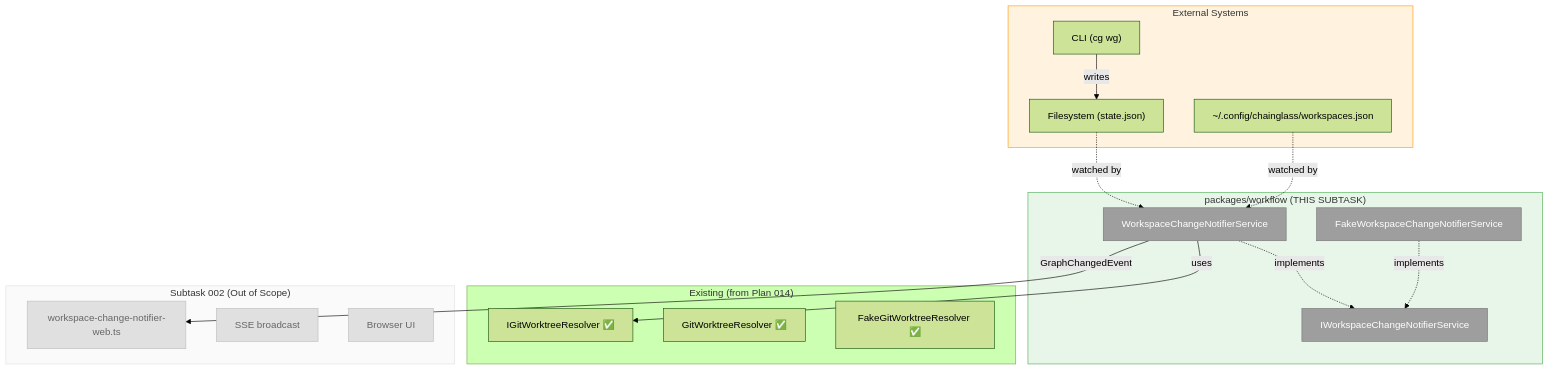
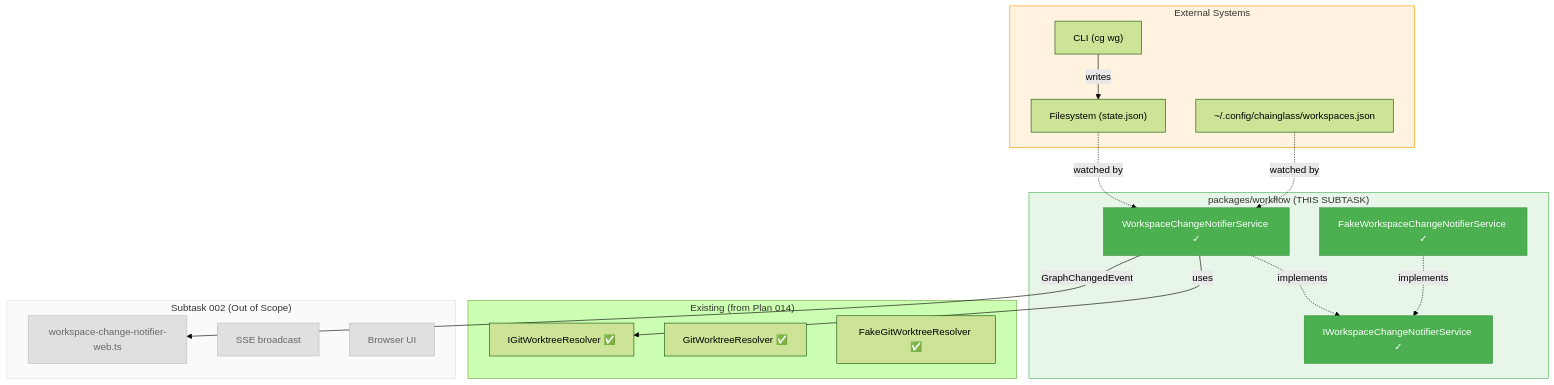
The first of 2 diagrams in docs/plans/022-workgraph-ui/tasks/phase-4-real-time-updates/001-subtask-file-watching-for-cli-changes.md (AI-Substrate/chainglass), drawn with Mermaid (forest theme) before and after one commit. The commit also changed other lines of this file and 1 other file, not shown here.

First line of the commit message:
docs: mark Subtask 001 complete - WorkspaceChangeNotifierService

````diff
--- a/docs/plans/022-workgraph-ui/tasks/phase-4-real-time-updates/001-subtask-file-watching-for-cli-changes.md
+++ b/docs/plans/022-workgraph-ui/tasks/phase-4-real-time-updates/001-subtask-file-watching-for-cli-changes.md
@@ -578,44 +578,44 @@
 ```mermaid
 flowchart TD
     classDef pending fill:#9E9E9E,stroke:#757575,color:#fff
     classDef inprogress fill:#FF9800,stroke:#F57C00,color:#fff
     classDef completed fill:#4CAF50,stroke:#388E3C,color:#fff
     classDef outofscope fill:#E0E0E0,stroke:#BDBDBD,color:#666
 
     style External fill:#FFF3E0,stroke:#FF9800
     style Service fill:#E8F5E9,stroke:#4CAF50
     style OutOfScope fill:#FAFAFA,stroke:#E0E0E0
 
     subgraph External["External Systems"]
         CLI["CLI (cg wg)"]
         FS["Filesystem (state.json)"]
         Registry["~/.config/chainglass/workspaces.json"]
         CLI -->|writes| FS
     end
 
     subgraph Service["packages/workflow (THIS SUBTASK)"]
-        IWCN["IWorkspaceChangeNotifierService"]:::pending
-        WCNS["WorkspaceChangeNotifierService"]:::pending
-        FWCN["FakeWorkspaceChangeNotifierService"]:::pending
+        IWCN["IWorkspaceChangeNotifierService ✓"]:::completed
+        WCNS["WorkspaceChangeNotifierService ✓"]:::completed
+        FWCN["FakeWorkspaceChangeNotifierService ✓"]:::completed
         
         WCNS -.->|implements| IWCN
         FWCN -.->|implements| IWCN
     end
 
     subgraph Existing["Existing (from Plan 014)"]
         IGW["IGitWorktreeResolver ✅"]
         GWR["GitWorktreeResolver ✅"]
         FGW["FakeGitWorktreeResolver ✅"]
         WCNS -->|uses| IGW
     end
 
     subgraph OutOfScope["Subtask 002 (Out of Scope)"]
         WebInt["workspace-change-notifier-web.ts"]:::outofscope
         SSE["SSE broadcast"]:::outofscope
         Browser["Browser UI"]:::outofscope
     end
 
     Registry -.->|watched by| WCNS
     FS -.->|watched by| WCNS
     WCNS -->|GraphChangedEvent| WebInt
 ```
````
